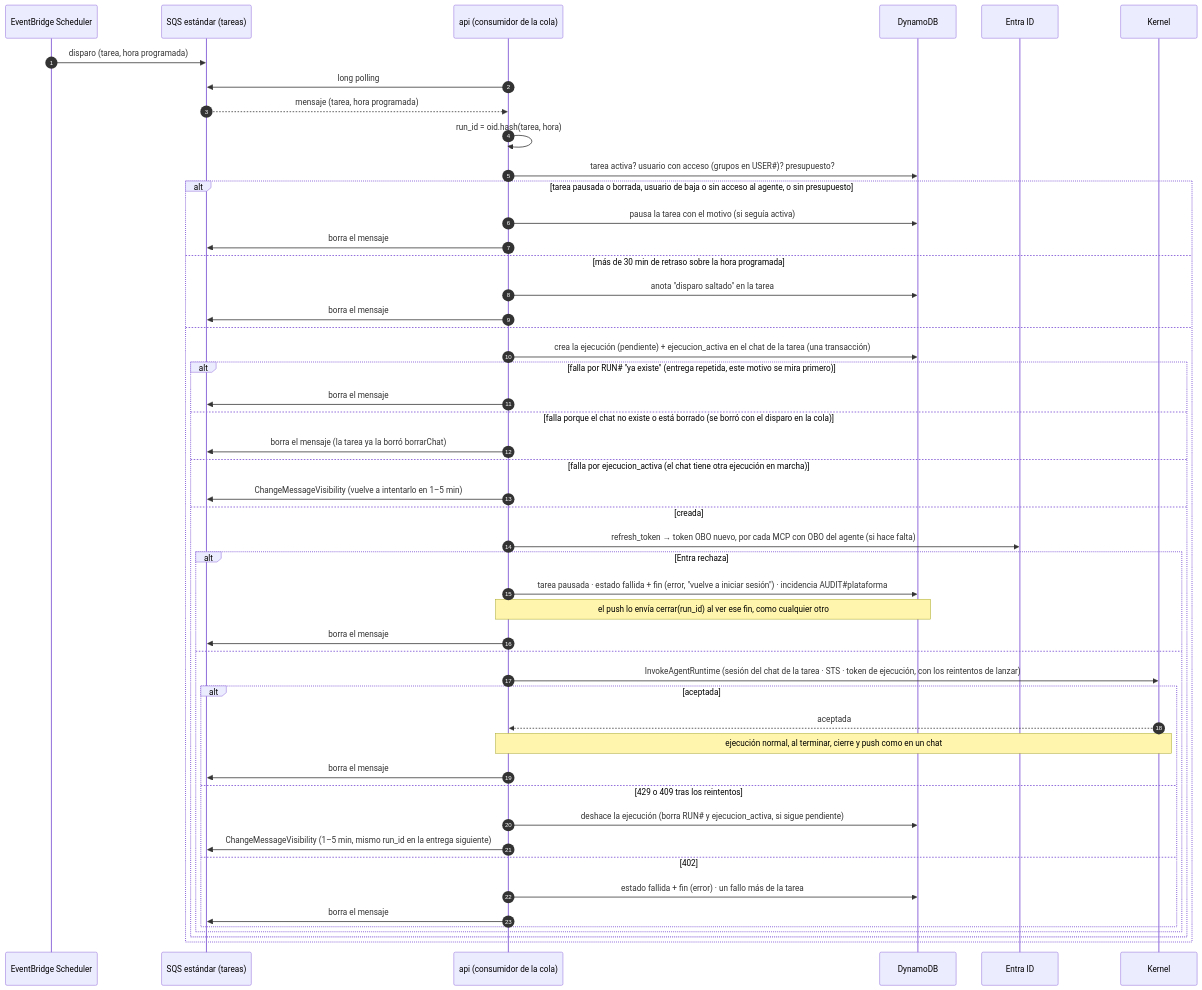
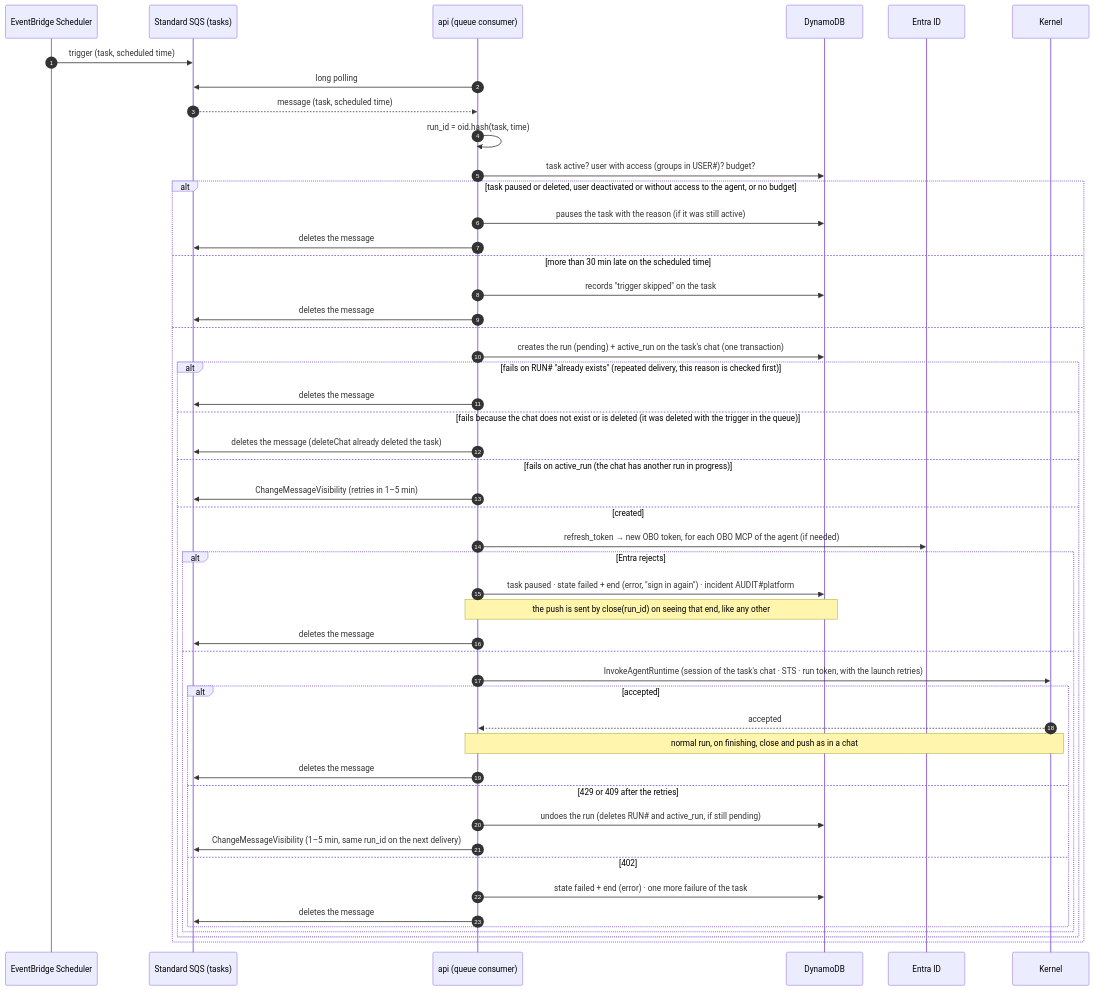
Before and after one commit to ikermendi/sample-agent-platform-with-agentcore: the ninth of 10 diagrams in docs/arquitectura-agentes.md, drawn with Mermaid. The commit also changed other lines of this file and 21 other files, not shown here.

Commit message:
docs: el documento de arquitectura queda solo en inglés (arquitectura-agentes.md sustituye a la versión en español); las citas a secciones y filas del documento en pruebas/ usan los títulos en inglés

````diff
--- a/docs/arquitectura-agentes.md
+++ b/docs/arquitectura-agentes.md
@@ -1224,52 +1224,52 @@
 ```mermaid
 sequenceDiagram
   autonumber
   participant S as EventBridge Scheduler
-  participant Q as SQS estándar (tareas)
-  participant API as api (consumidor de la cola)
+  participant Q as Standard SQS (tasks)
+  participant API as api (queue consumer)
   participant D as DynamoDB
   participant E as Entra ID
   participant K as Kernel
 
-  S->>Q: disparo (tarea, hora programada)
+  S->>Q: trigger (task, scheduled time)
   API->>Q: long polling
-  Q-->>API: mensaje (tarea, hora programada)
-  API->>API: run_id = oid.hash(tarea, hora)
-  API->>D: tarea activa? usuario con acceso (grupos en USER#35;)? presupuesto?
-  alt tarea pausada o borrada, usuario de baja o sin acceso al agente, o sin presupuesto
-    API->>D: pausa la tarea con el motivo (si seguía activa)
-    API->>Q: borra el mensaje
-  else más de 30 min de retraso sobre la hora programada
-    API->>D: anota "disparo saltado" en la tarea
-    API->>Q: borra el mensaje
+  Q-->>API: message (task, scheduled time)
+  API->>API: run_id = oid.hash(task, time)
+  API->>D: task active? user with access (groups in USER#35;)? budget?
+  alt task paused or deleted, user deactivated or without access to the agent, or no budget
+    API->>D: pauses the task with the reason (if it was still active)
+    API->>Q: deletes the message
+  else more than 30 min late on the scheduled time
+    API->>D: records "trigger skipped" on the task
+    API->>Q: deletes the message
   else
-    API->>D: crea la ejecución (pendiente) + ejecucion_activa en el chat de la tarea (una transacción)
-    alt falla por RUN#35; "ya existe" (entrega repetida, este motivo se mira primero)
-      API->>Q: borra el mensaje
-    else falla porque el chat no existe o está borrado (se borró con el disparo en la cola)
-      API->>Q: borra el mensaje (la tarea ya la borró borrarChat)
-    else falla por ejecucion_activa (el chat tiene otra ejecución en marcha)
-      API->>Q: ChangeMessageVisibility (vuelve a intentarlo en 1–5 min)
-    else creada
-      API->>E: refresh_token → token OBO nuevo, por cada MCP con OBO del agente (si hace falta)
-      alt Entra rechaza
-        API->>D: tarea pausada · estado fallida + fin (error, "vuelve a iniciar sesión") · incidencia AUDIT#35;plataforma
-        Note over API,D: el push lo envía cerrar(run_id) al ver ese fin, como cualquier otro
-        API->>Q: borra el mensaje
+    API->>D: creates the run (pending) + active_run on the task's chat (one transaction)
+    alt fails on RUN#35; "already exists" (repeated delivery, this reason is checked first)
+      API->>Q: deletes the message
+    else fails because the chat does not exist or is deleted (it was deleted with the trigger in the queue)
+      API->>Q: deletes the message (deleteChat already deleted the task)
+    else fails on active_run (the chat has another run in progress)
+      API->>Q: ChangeMessageVisibility (retries in 1–5 min)
+    else created
+      API->>E: refresh_token → new OBO token, for each OBO MCP of the agent (if needed)
+      alt Entra rejects
+        API->>D: task paused · state failed + end (error, "sign in again") · incident AUDIT#35;platform
+        Note over API,D: the push is sent by close(run_id) on seeing that end, like any other
+        API->>Q: deletes the message
       else
-        API->>K: InvokeAgentRuntime (sesión del chat de la tarea · STS · token de ejecución, con los reintentos de lanzar)
-        alt aceptada
-          K-->>API: aceptada
-          Note over API,K: ejecución normal, al terminar, cierre y push como en un chat
-          API->>Q: borra el mensaje
-        else 429 o 409 tras los reintentos
-          API->>D: deshace la ejecución (borra RUN#35; y ejecucion_activa, si sigue pendiente)
-          API->>Q: ChangeMessageVisibility (1–5 min, mismo run_id en la entrega siguiente)
+        API->>K: InvokeAgentRuntime (session of the task's chat · STS · run token, with the launch retries)
+        alt accepted
+          K-->>API: accepted
+          Note over API,K: normal run, on finishing, close and push as in a chat
+          API->>Q: deletes the message
+        else 429 or 409 after the retries
+          API->>D: undoes the run (deletes RUN#35; and active_run, if still pending)
+          API->>Q: ChangeMessageVisibility (1–5 min, same run_id on the next delivery)
         else 402
-          API->>D: estado fallida + fin (error) · un fallo más de la tarea
-          API->>Q: borra el mensaje
+          API->>D: state failed + end (error) · one more failure of the task
+          API->>Q: deletes the message
         end
       end
     end
   end
 ```
````
